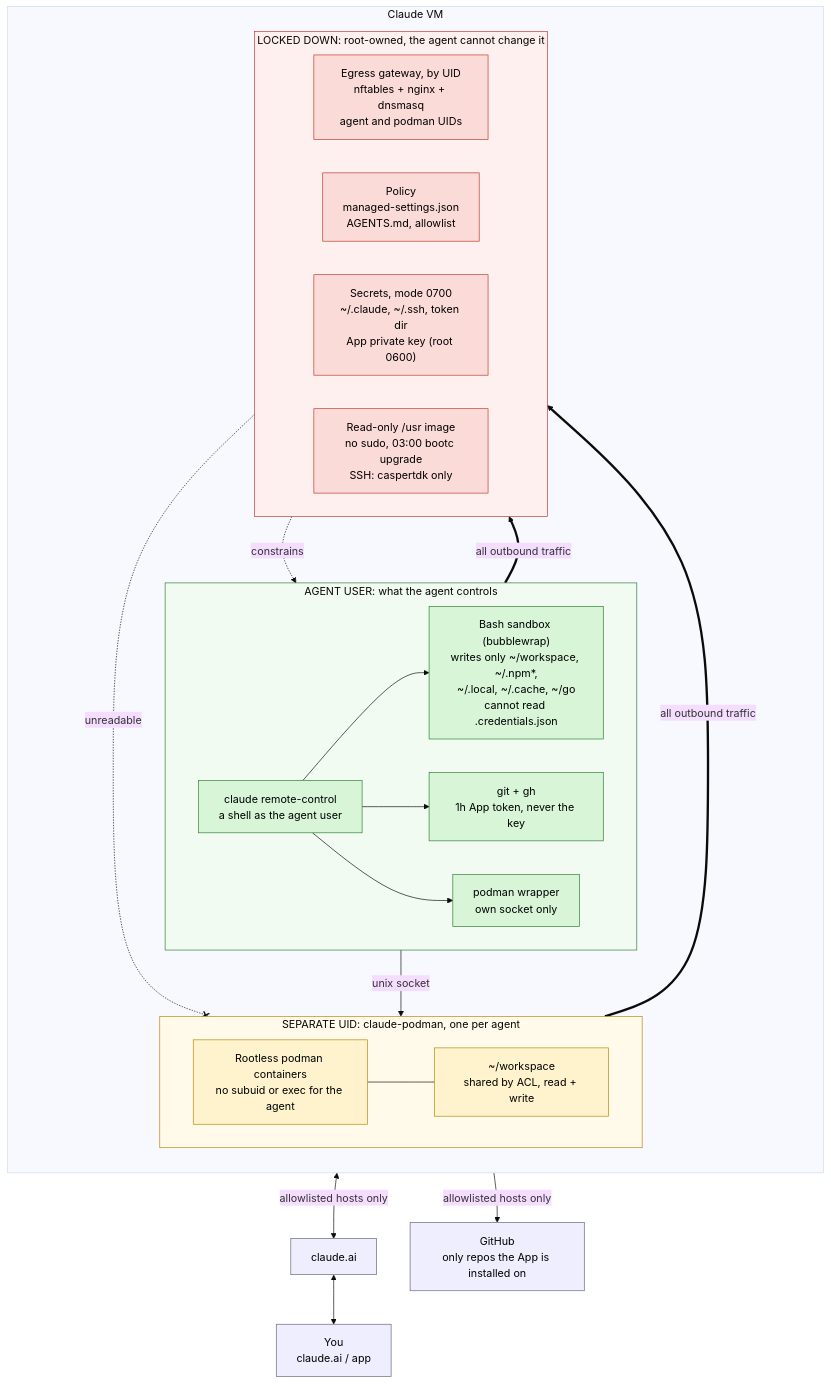
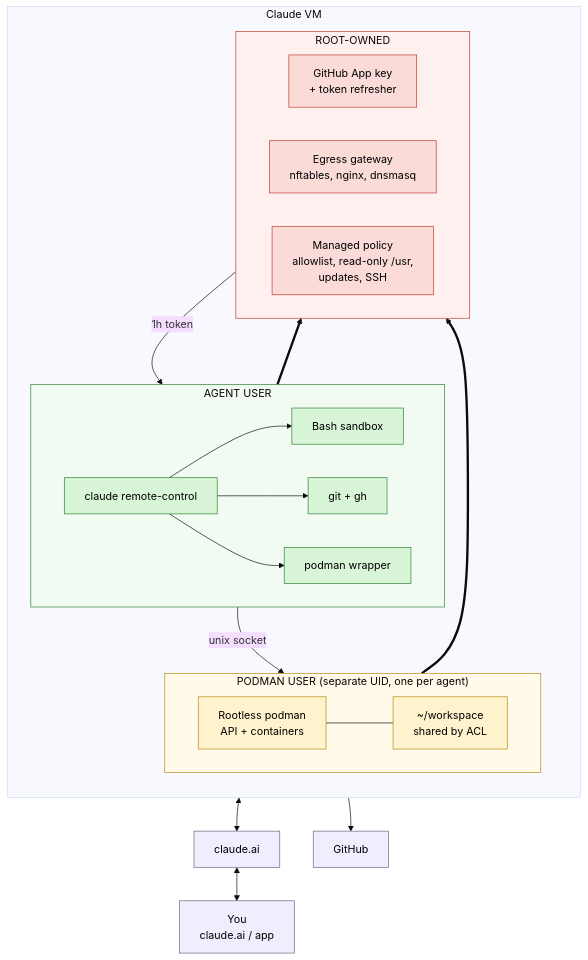
The first of 3 diagrams in docs/claude-vm/README.md (cthtrifork/homeserver-bootc), drawn with Mermaid (base theme) before and after one commit. The commit also changed other lines of this file, not shown here.

Commit message:
docs(claude-vm): keep the overview diagram structural, restrictions live in the can/cannot diagram

````diff
--- a/docs/claude-vm/README.md
+++ b/docs/claude-vm/README.md
@@ -18,59 +18,56 @@
 ```mermaid
 flowchart TB
     YOU["You<br/>claude.ai / app"]
     ANTH["claude.ai"]
-    GH["GitHub<br/>only repos the App is installed on"]
+    GH["GitHub"]
 
     subgraph VM["Claude VM"]
         direction TB
 
-        subgraph AGENT["AGENT USER: what the agent controls"]
+        subgraph AGENT["AGENT USER"]
             direction LR
-            RC["claude remote-control<br/>a shell as the agent user"]
-            SB["Bash sandbox (bubblewrap)<br/>writes only ~/workspace, ~/.npm*,<br/>~/.local, ~/.cache, ~/go<br/>cannot read .credentials.json"]
-            GIT["git + gh<br/>1h App token, never the key"]
-            WRAP["podman wrapper<br/>own socket only"]
+            RC["claude remote-control"]
+            SB["Bash sandbox"]
+            GIT["git + gh"]
+            WRAP["podman wrapper"]
         end
 
-        subgraph CONT["SEPARATE UID: claude-podman, one per agent"]
+        subgraph CONT["PODMAN USER (separate UID, one per agent)"]
             direction LR
-            POD["Rootless podman containers<br/>no subuid or exec for the agent"]
-            WS["~/workspace<br/>shared by ACL, read + write"]
+            POD["Rootless podman<br/>API + containers"]
+            WS["~/workspace<br/>shared by ACL"]
         end
 
-        subgraph LOCKED["LOCKED DOWN: root-owned, the agent cannot change it"]
+        subgraph ROOT["ROOT-OWNED"]
             direction LR
-            GW["Egress gateway, by UID<br/>nftables + nginx + dnsmasq<br/>agent and podman UIDs"]
-            POLICY["Policy<br/>managed-settings.json<br/>AGENTS.md, allowlist"]
-            SECRETS["Secrets, mode 0700<br/>~/.claude, ~/.ssh, token dir<br/>App private key (root 0600)"]
-            OS["Read-only /usr image<br/>no sudo, 03:00 bootc upgrade<br/>SSH: caspertdk only"]
+            TOK["GitHub App key<br/>+ token refresher"]
+            GW["Egress gateway<br/>nftables, nginx, dnsmasq"]
+            CFG["Managed policy<br/>allowlist, read-only /usr,<br/>updates, SSH"]
         end
     end
 
     RC --> SB
     RC --> GIT
     RC --> WRAP
     WRAP -->|"unix socket"| POD
     POD --- WS
+    TOK -->|"1h token"| GIT
 
-    AGENT ==>|"all outbound traffic"| GW
-    CONT ==>|"all outbound traffic"| GW
-    GW <-->|"allowlisted hosts only"| ANTH
-    GW -->|"allowlisted hosts only"| GH
+    AGENT ==> GW
+    CONT ==> GW
+    GW <--> ANTH
+    GW --> GH
     ANTH <--> YOU
-
-    POLICY -.->|"constrains"| AGENT
-    SECRETS -.-x|"unreadable"| CONT
 
     classDef agent fill:#d8f5d8,stroke:#2e7d32,color:#000
     classDef cont fill:#fff3cd,stroke:#b8860b,color:#000
     classDef locked fill:#fadbd8,stroke:#c0392b,color:#000
     classDef ext fill:#eef,stroke:#667,color:#000
     class RC,SB,GIT,WRAP agent
     class POD,WS cont
-    class GW,POLICY,SECRETS,OS locked
+    class TOK,GW,CFG locked
     class YOU,ANTH,GH ext
     style AGENT fill:#f2fbf2,stroke:#2e7d32
     style CONT fill:#fffaea,stroke:#b8860b
-    style LOCKED fill:#fdf0ee,stroke:#c0392b
+    style ROOT fill:#fdf0ee,stroke:#c0392b
 ```
````
